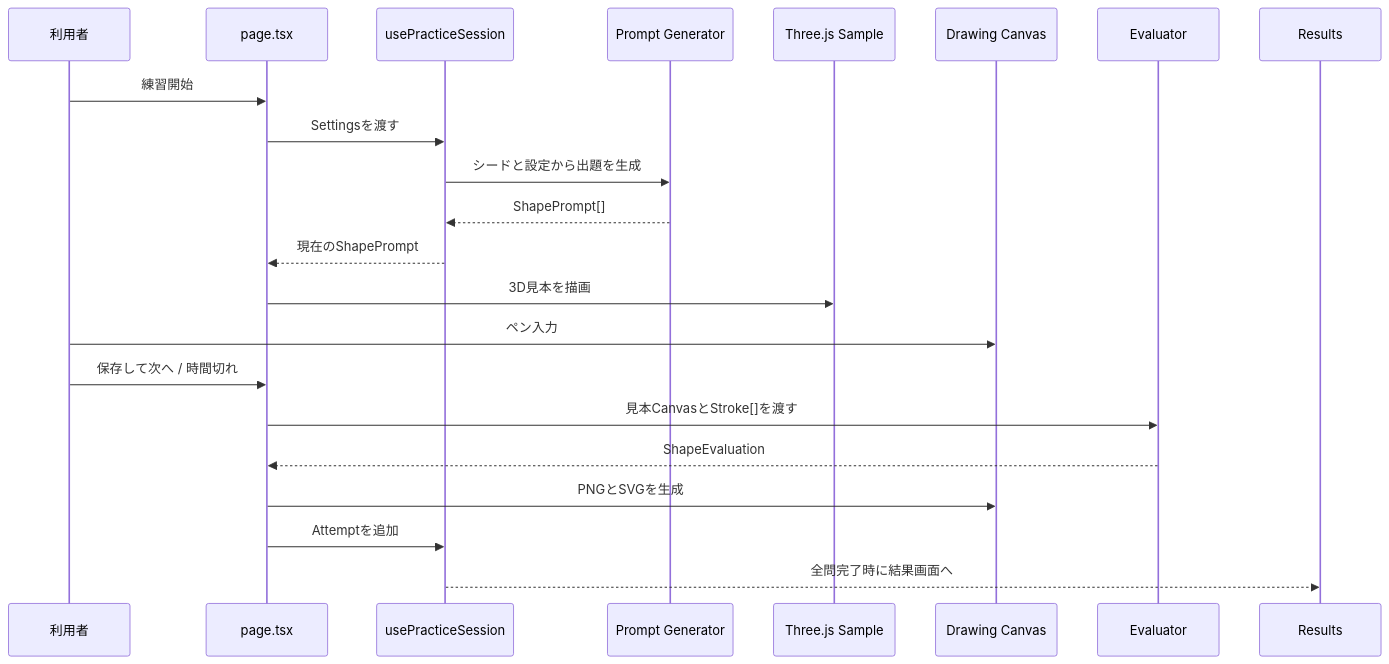
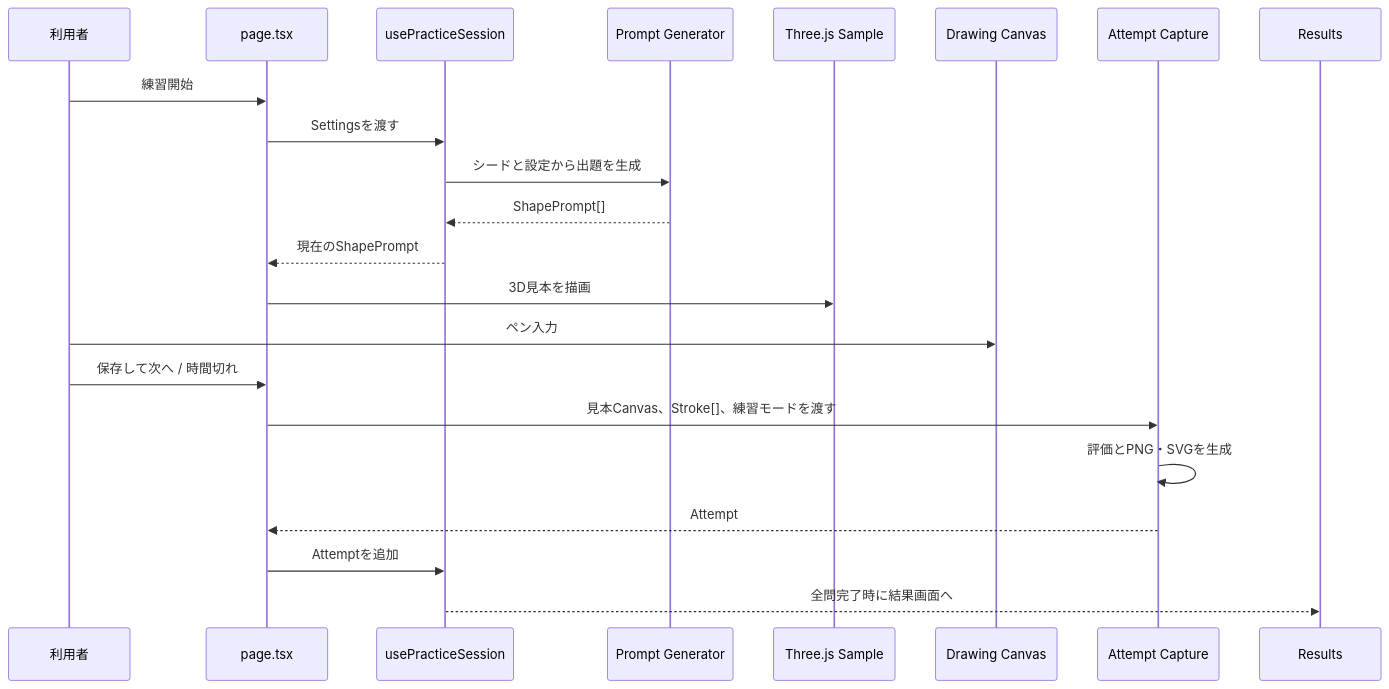
Before and after one commit to rikuru-sys/SolidDrawing: the second of 3 diagrams in docs/ARCHITECTURE.md, drawn with Mermaid. The commit also changed other lines of this file and 8 other files, not shown here.

````diff
--- a/docs/ARCHITECTURE.md
+++ b/docs/ARCHITECTURE.md
@@ -147,25 +153,25 @@
 ```mermaid
 sequenceDiagram
     participant U as 利用者
     participant P as page.tsx
     participant S as usePracticeSession
     participant G as Prompt Generator
     participant T as Three.js Sample
     participant D as Drawing Canvas
-    participant E as Evaluator
+    participant C as Attempt Capture
     participant R as Results
 
     U->>P: 練習開始
     P->>S: Settingsを渡す
     S->>G: シードと設定から出題を生成
     G-->>S: ShapePrompt[]
     S-->>P: 現在のShapePrompt
     P->>T: 3D見本を描画
     U->>D: ペン入力
     U->>P: 保存して次へ / 時間切れ
-    P->>E: 見本CanvasとStroke[]を渡す
-    E-->>P: ShapeEvaluation
-    P->>D: PNGとSVGを生成
+    P->>C: 見本Canvas、Stroke[]、練習モードを渡す
+    C->>C: 評価とPNG・SVGを生成
+    C-->>P: Attempt
     P->>S: Attemptを追加
     S-->>R: 全問完了時に結果画面へ
 ```
````
